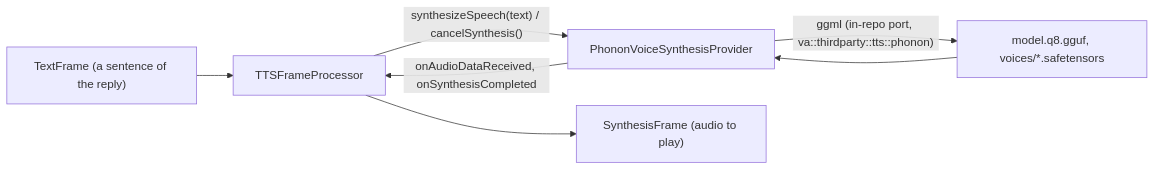
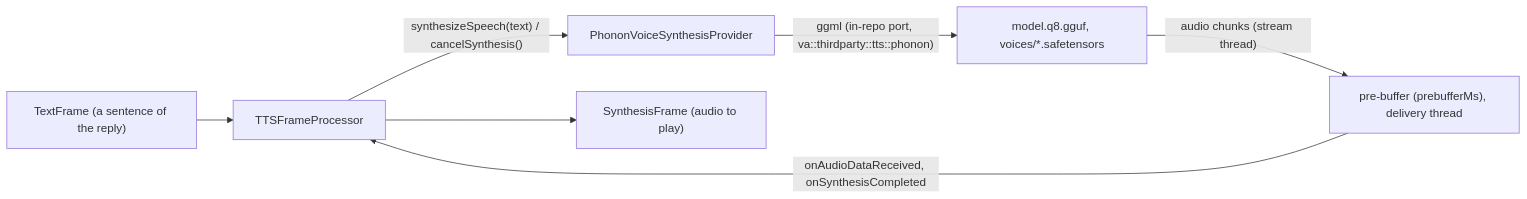
One commit to fatehmtd/VASDK changed the diagram in docs/providers/phonon.md. Above: the diagram before and after it, drawn with Mermaid. The commit also changed other lines of this file and 94 other files, not shown here.

````diff
--- a/docs/providers/phonon.md
+++ b/docs/providers/phonon.md
@@ -77,9 +84,9 @@
 ```mermaid
 flowchart LR
     In["TextFrame (a sentence of the reply)"] --> Processor["TTSFrameProcessor"]
     Processor -->|"synthesizeSpeech(text) / cancelSynthesis()"| Provider["PhononVoiceSynthesisProvider"]
     Provider -->|"ggml (in-repo port, va::thirdparty::tts::phonon)"| Engine["model.q8.gguf, voices/*.safetensors"]
-    Engine --> Provider
-    Provider -->|"onAudioDataReceived, onSynthesisCompleted"| Processor
+    Engine -->|"audio chunks (stream thread)"| Buffer["pre-buffer (prebufferMs), delivery thread"]
+    Buffer -->|"onAudioDataReceived, onSynthesisCompleted"| Processor
     Processor --> Out["SynthesisFrame (audio to play)"]
 ```
````
